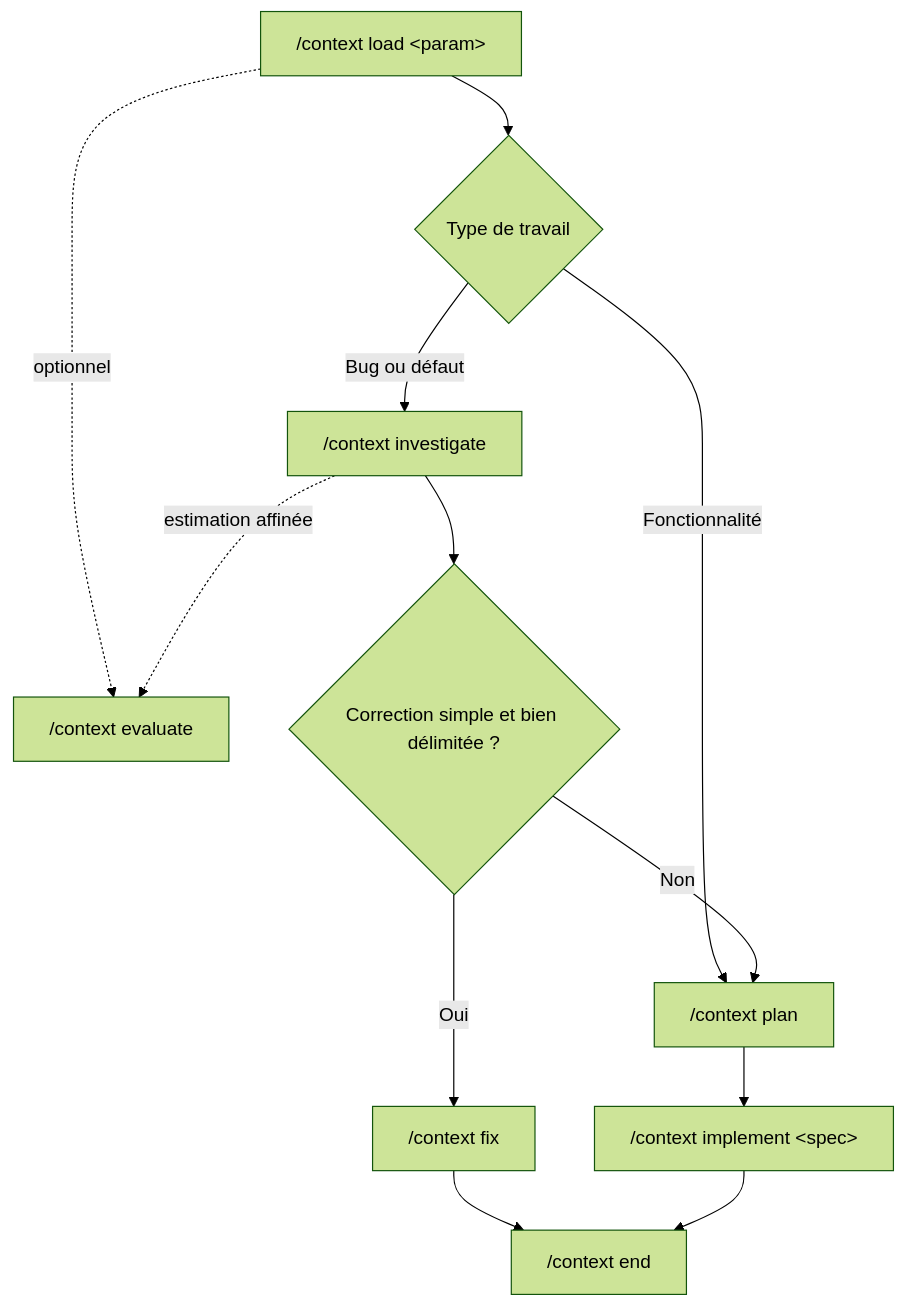
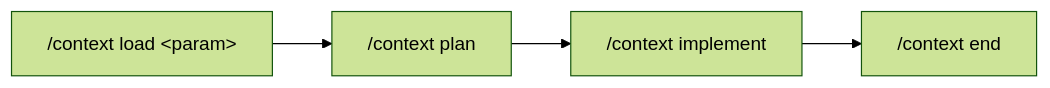
Before and after one commit to Samuel103/AgenticWorkflow: the diagram in README.md, drawn with Mermaid (forest theme). The commit also changed other lines of this file and 19 other files, not shown here.

````diff
--- a/README.md
+++ b/README.md
@@ -11,14 +11,6 @@
 ```mermaid
-flowchart TD
-    A["/context load &lt;param&gt;"] --> B{"Type de travail"}
-    A -. optionnel .-> E["/context evaluate"]
-    B -->|Bug ou défaut| C["/context investigate"]
-    B -->|Fonctionnalité| P["/context plan"]
-    C -. estimation affinée .-> E
-    C --> D{"Correction simple et bien délimitée ?"}
-    D -->|Oui| F["/context fix"]
-    D -->|Non| P
-    P --> I["/context implement &lt;spec&gt;"]
-    F --> Z["/context end"]
-    I --> Z
+flowchart LR
+    A["/context load &lt;param&gt;"] --> P["/context plan"]
+    P --> I["/context implement"]
+    I --> Z["/context end"]
 ```
````
